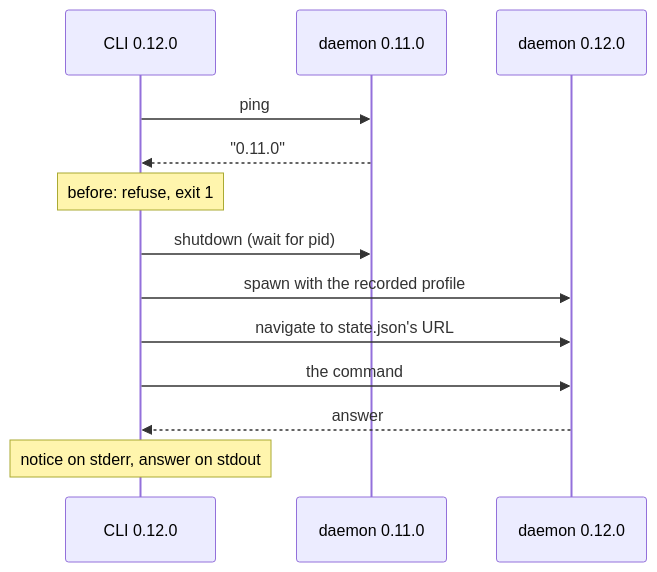
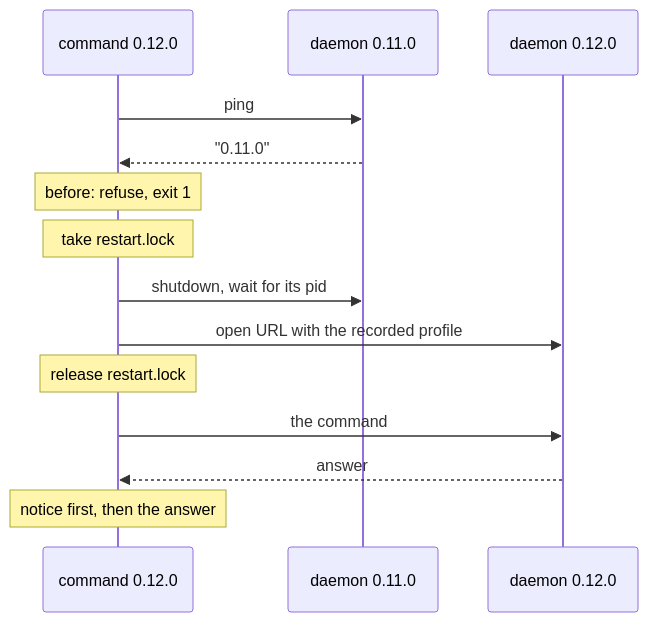
Before and after one commit to drakulavich/bowser: the diagram in docs/superpowers/specs/2026-10-14-upgrade-restart-design.md, drawn with Mermaid. The commit also changed other lines of this file, not shown here.

First line of the commit message:
docs(spec): restart only older daemons, under a lock, through cmdOpen; one-shot MCP handover

````diff
--- a/docs/superpowers/specs/2026-10-14-upgrade-restart-design.md
+++ b/docs/superpowers/specs/2026-10-14-upgrade-restart-design.md
@@ -62,15 +75,16 @@
 ```mermaid
 sequenceDiagram
-  participant CLI as CLI 0.12.0
+  participant CLI as command 0.12.0
   participant Old as daemon 0.11.0
   participant New as daemon 0.12.0
   CLI->>Old: ping
   Old-->>CLI: "0.11.0"
   Note over CLI: before: refuse, exit 1
-  CLI->>Old: shutdown (wait for pid)
-  CLI->>New: spawn with the recorded profile
-  CLI->>New: navigate to state.json's URL
+  Note over CLI: take restart.lock
+  CLI->>Old: shutdown, wait for its pid
+  CLI->>New: open URL with the recorded profile
+  Note over CLI: release restart.lock
   CLI->>New: the command
   New-->>CLI: answer
-  Note over CLI: notice on stderr, answer on stdout
+  Note over CLI: notice first, then the answer
 ```
````
